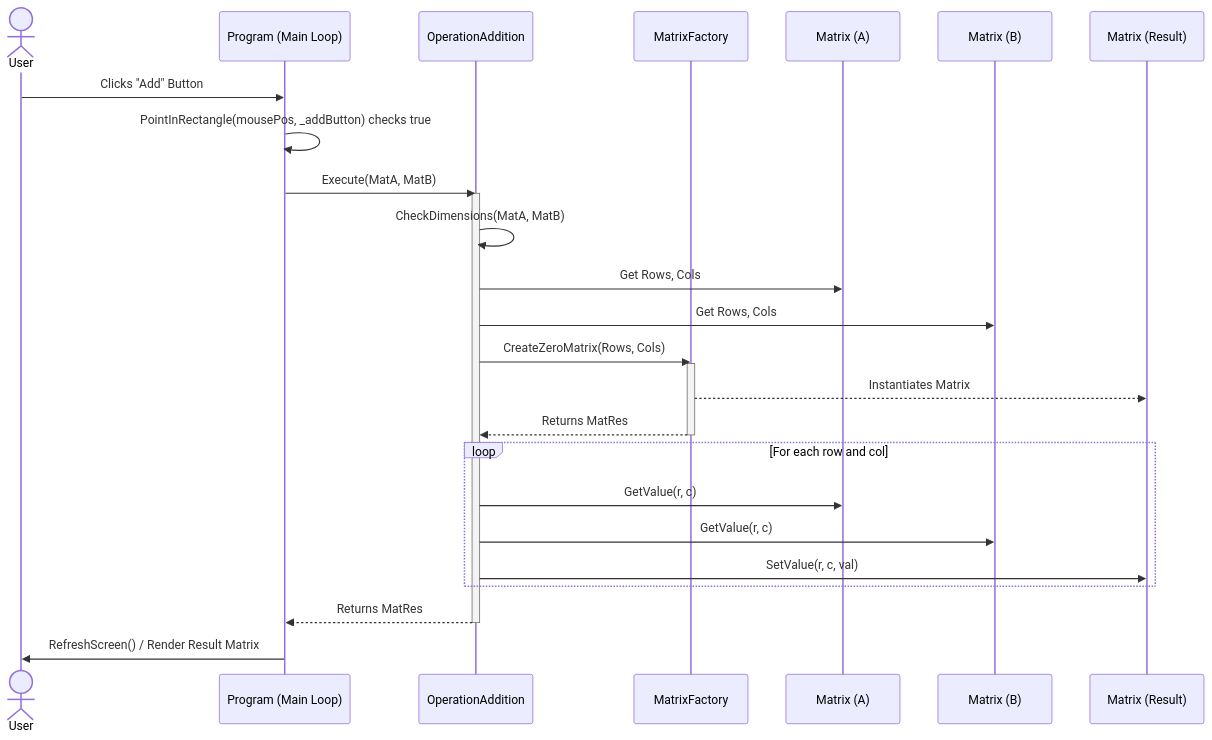
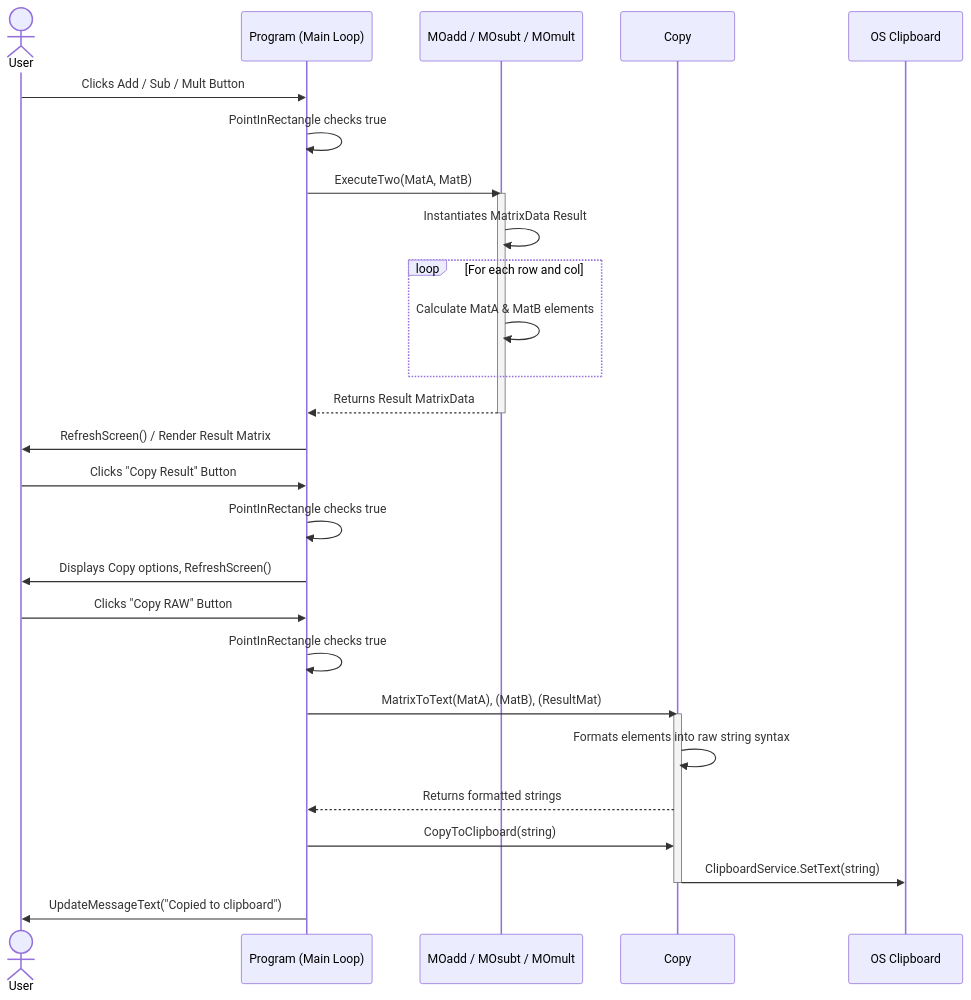
Before and after one commit to Puzzl3Mak3r/Matrix-Calculator-Custom-Project: the second of 2 diagrams in UMLsequence.md, drawn with Mermaid. The commit also changed other lines of this file and 17 other files, not shown here.

Commit message:
Markdown-s and Diagrams Remake (using AI)

````diff
--- a/UMLsequence.md
+++ b/UMLsequence.md
@@ -7,37 +64,43 @@
 ```mermaid
 sequenceDiagram
     actor User
     participant GUI as Program (Main Loop)
-    participant Strategy as OperationAddition
-    participant Factory as MatrixFactory
-    participant MatA as Matrix (A)
-    participant MatB as Matrix (B)
-    participant MatRes as Matrix (Result)
+    participant Strategy as MOadd / MOsubt / MOmult
+    participant CopyStrat as Copy
+    participant OS as OS Clipboard
 
-    User->>GUI: Clicks "Add" Button
-    GUI->>GUI: PointInRectangle(mousePos, _addButton) checks true
+    User->>GUI: Clicks Add / Sub / Mult Button
+    GUI->>GUI: PointInRectangle checks true
     
-    GUI->>Strategy: Execute(MatA, MatB)
+    GUI->>Strategy: ExecuteTwo(MatA, MatB)
     activate Strategy
     
-    Strategy->>Strategy: CheckDimensions(MatA, MatB)
-    Strategy->>MatA: Get Rows, Cols
-    Strategy->>MatB: Get Rows, Cols
-    
-    Strategy->>Factory: CreateZeroMatrix(Rows, Cols)
-    activate Factory
-    Factory-->>MatRes: Instantiates Matrix
-    Factory-->>Strategy: Returns MatRes
-    deactivate Factory
+    Strategy->>Strategy: Instantiates MatrixData Result
     
     loop For each row and col
-        Strategy->>MatA: GetValue(r, c)
-        Strategy->>MatB: GetValue(r, c)
-        Strategy->>MatRes: SetValue(r, c, val)
+        Strategy->>Strategy: Calculate MatA & MatB elements
     end
 
-    Strategy-->>GUI: Returns MatRes
+    Strategy-->>GUI: Returns Result MatrixData
     deactivate Strategy
     
     GUI->>User: RefreshScreen() / Render Result Matrix
+    
+    User->>GUI: Clicks "Copy Result" Button
+    GUI->>GUI: PointInRectangle checks true
+    GUI->>User: Displays Copy options, RefreshScreen()
+    
+    User->>GUI: Clicks "Copy RAW" Button
+    GUI->>GUI: PointInRectangle checks true
+
+    GUI->>CopyStrat: MatrixToText(MatA), (MatB), (ResultMat)
+    activate CopyStrat
+    CopyStrat->>CopyStrat: Formats elements into raw string syntax
+    CopyStrat-->>GUI: Returns formatted strings
+    
+    GUI->>CopyStrat: CopyToClipboard(string)
+    CopyStrat->>OS: ClipboardService.SetText(string)
+    deactivate CopyStrat
+    
+    GUI->>User: UpdateMessageText("Copied to clipboard")
 ```
````
